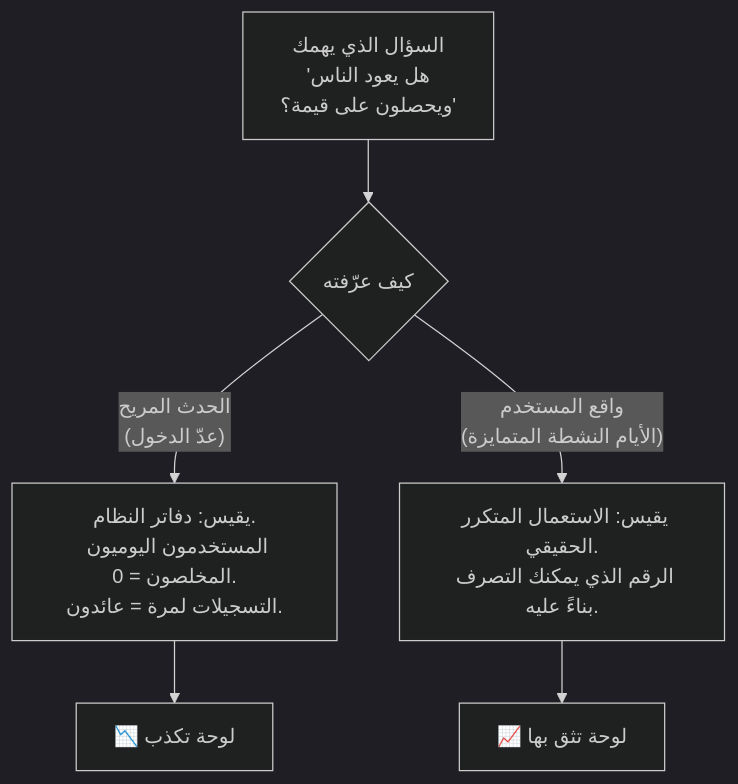
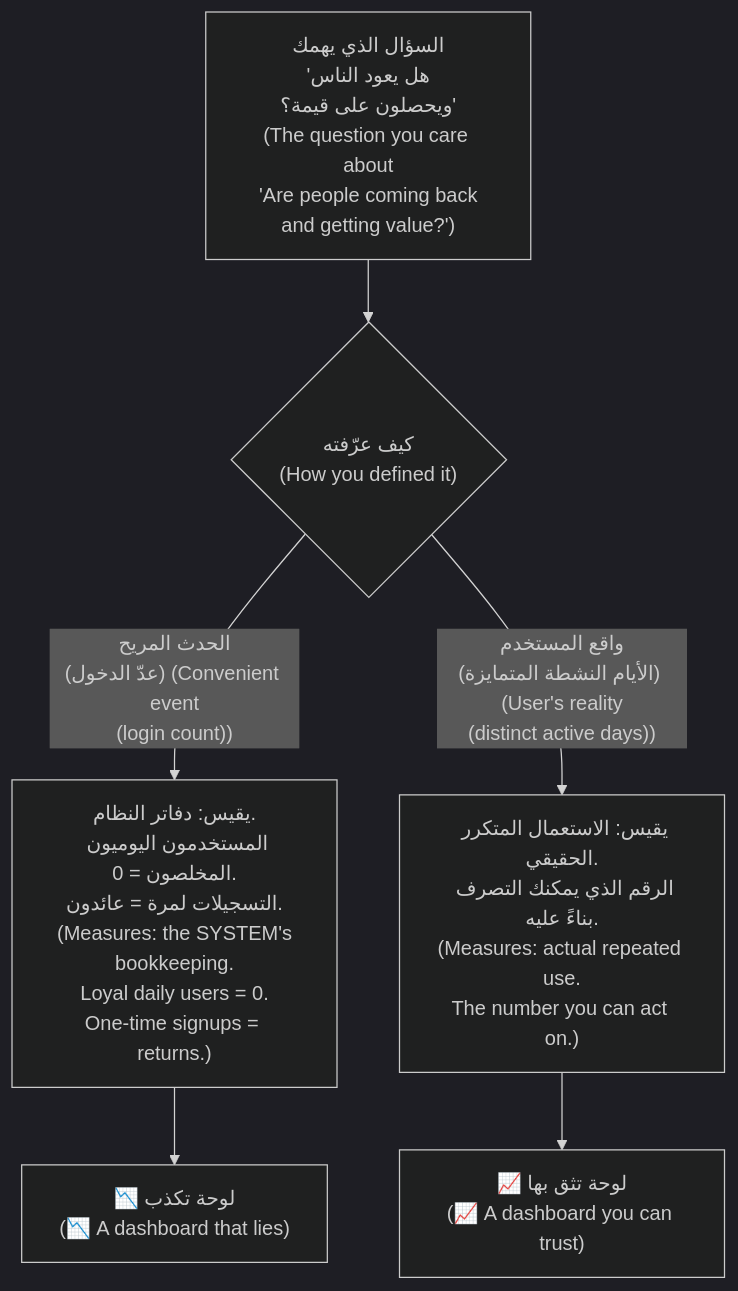
One commit to Tamoura/system-design-for-vibe-coders changed the first of 6 diagrams in modules/07-observability/module.ar.md. Above: the diagram before and after it, drawn with Mermaid (dark theme). The commit also changed other lines of this file and 62 other files, not shown here.

First line of the commit message:
Arabic editions: English on every diagram label, RTL fixes, rebuild

````diff
--- a/modules/07-observability/module.ar.md
+++ b/modules/07-observability/module.ar.md
@@ -45,8 +45,8 @@
 ```mermaid
 flowchart TD
-    Q["السؤال الذي يهمك<br/>'هل يعود الناس<br/>ويحصلون على قيمة؟'"] --> D{"كيف عرّفته"}
-    D -->|"الحدث المريح<br/>(عدّ الدخول)"| L["يقيس: دفاتر النظام.<br/>المستخدمون اليوميون المخلصون = 0.<br/>التسجيلات لمرة = عائدون."]
-    D -->|"واقع المستخدم<br/>(الأيام النشطة المتمايزة)"| R["يقيس: الاستعمال المتكرر الحقيقي.<br/>الرقم الذي يمكنك التصرف بناءً عليه."]
-    L --> LIE["📉 لوحة تكذب"]
-    R --> TRUTH["📈 لوحة تثق بها"]
+    Q["السؤال الذي يهمك<br/>'هل يعود الناس<br/>ويحصلون على قيمة؟'<br/>(The question you care about<br/>'Are people coming back<br/>and getting value?')"] --> D{"كيف عرّفته<br/>(How you defined it)"}
+    D -->|"الحدث المريح<br/>(عدّ الدخول) (Convenient event<br/>(login count))"| L["يقيس: دفاتر النظام.<br/>المستخدمون اليوميون المخلصون = 0.<br/>التسجيلات لمرة = عائدون.<br/>(Measures: the SYSTEM's<br/>bookkeeping.<br/>Loyal daily users = 0.<br/>One-time signups = returns.)"]
+    D -->|"واقع المستخدم<br/>(الأيام النشطة المتمايزة) (User's reality<br/>(distinct active days))"| R["يقيس: الاستعمال المتكرر الحقيقي.<br/>الرقم الذي يمكنك التصرف بناءً عليه.<br/>(Measures: actual repeated use.<br/>The number you can act on.)"]
+    L --> LIE["📉 لوحة تكذب<br/>(📉 A dashboard that lies)"]
+    R --> TRUTH["📈 لوحة تثق بها<br/>(📈 A dashboard you can trust)"]
 ```
````
